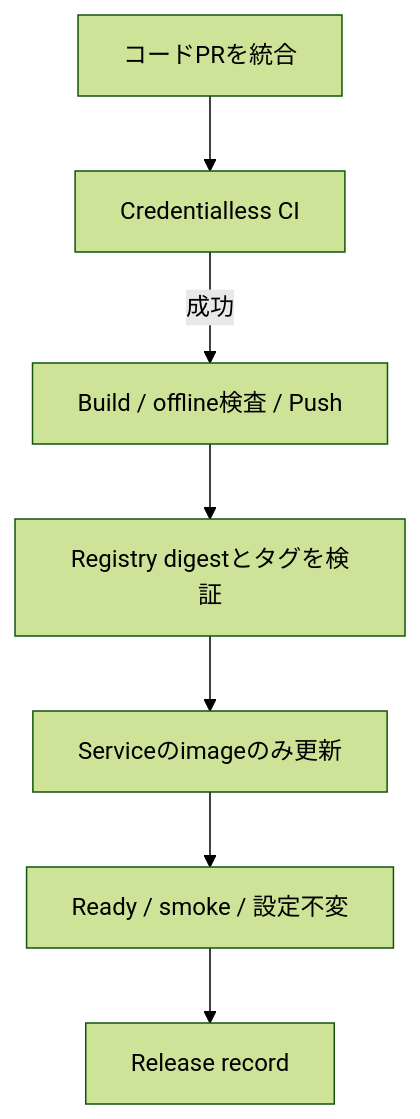
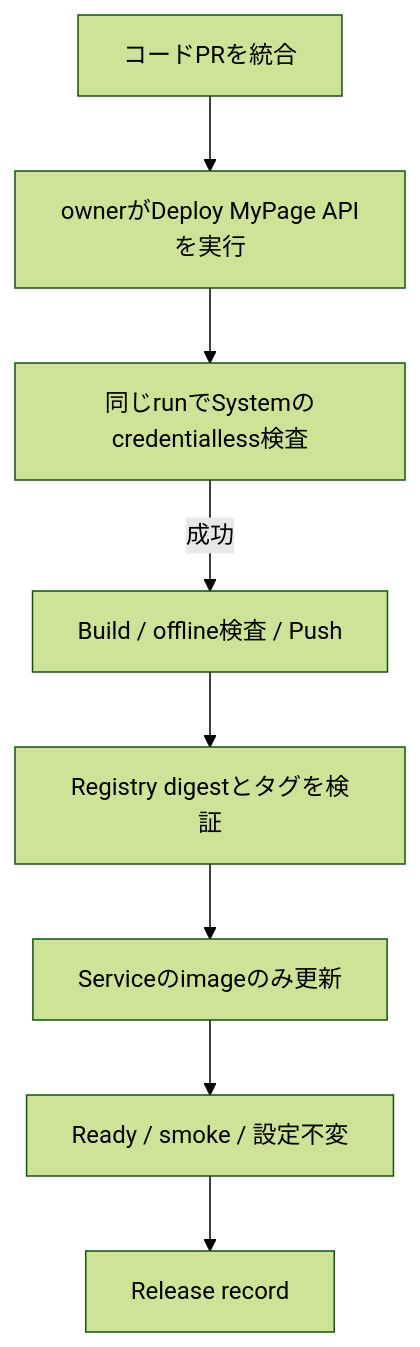
One commit to kani3camp/youtube-study-space changed the diagram in docs/mypage/release/backend-ci.md. Above: the diagram before and after it, drawn with Mermaid (forest theme). The commit also changed other lines of this file and 21 other files, not shown here.

````diff
--- a/docs/mypage/release/backend-ci.md
+++ b/docs/mypage/release/backend-ci.md
@@ -32,9 +36,10 @@
 ```mermaid
 flowchart TD
-    A[コードPRを統合] --> B[Credentialless CI]
+    A[コードPRを統合] --> H[ownerがDeploy MyPage APIを実行]
+    H --> B[同じrunでSystemのcredentialless検査]
     B -->|成功| C[Build / offline検査 / Push]
     C --> D[Registry digestとタグを検証]
     D --> E[Serviceのimageのみ更新]
     E --> F[Ready / smoke / 設定不変]
     F --> G[Release record]
 ```
````
